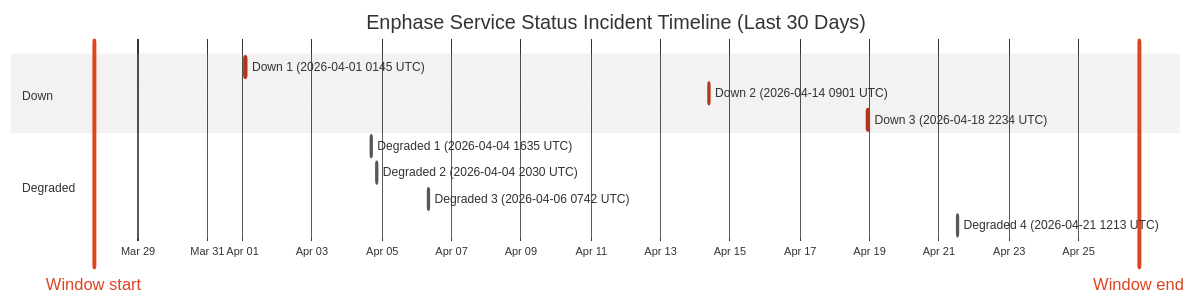
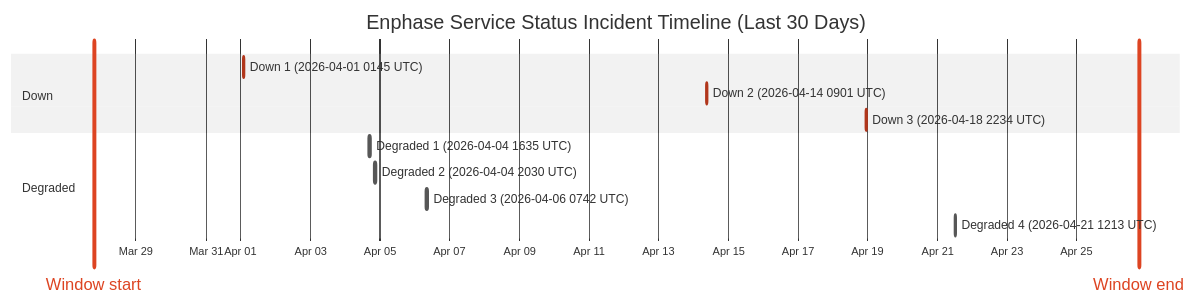
One commit to barneyonline/ha-enphase-ev-charger changed the diagram in wiki/Service-Status-History.md. Above: the diagram before and after it, drawn with Mermaid (neutral theme). The commit also changed other lines of this file and 3 other files, not shown here.

````diff
--- a/wiki/Service-Status-History.md
+++ b/wiki/Service-Status-History.md
@@ -14,17 +14,17 @@
 ```mermaid
 gantt
     title Enphase Service Status Incident Timeline (Last 30 Days)
     dateFormat  YYYY-MM-DDTHH:mm:ss
     axisFormat  %b %d
-    Window start :vert, window-start, 2026-03-27T17:37:43, 0ms
-    Window end :vert, window-end, 2026-04-26T17:37:43, 0ms
+    Window start :vert, window-start, 2026-03-27T18:53:42, 0ms
+    Window end :vert, window-end, 2026-04-26T18:53:42, 0ms
     section Down
     Down 1 (2026-04-01 0145 UTC) :crit, down-1, 2026-04-01T01:45:09, 60m
     Down 2 (2026-04-14 0901 UTC) :crit, down-2, 2026-04-14T09:01:13, 60m
     Down 3 (2026-04-18 2234 UTC) :crit, down-3, 2026-04-18T22:34:13, 60m
     section Degraded
     Degraded 1 (2026-04-04 1635 UTC) :active, degraded-1, 2026-04-04T16:35:17, 60m
     Degraded 2 (2026-04-04 2030 UTC) :active, degraded-2, 2026-04-04T20:30:40, 60m
     Degraded 3 (2026-04-06 0742 UTC) :active, degraded-3, 2026-04-06T07:42:09, 85m
     Degraded 4 (2026-04-21 1213 UTC) :active, degraded-4, 2026-04-21T12:13:11, 60m
 ```
````
